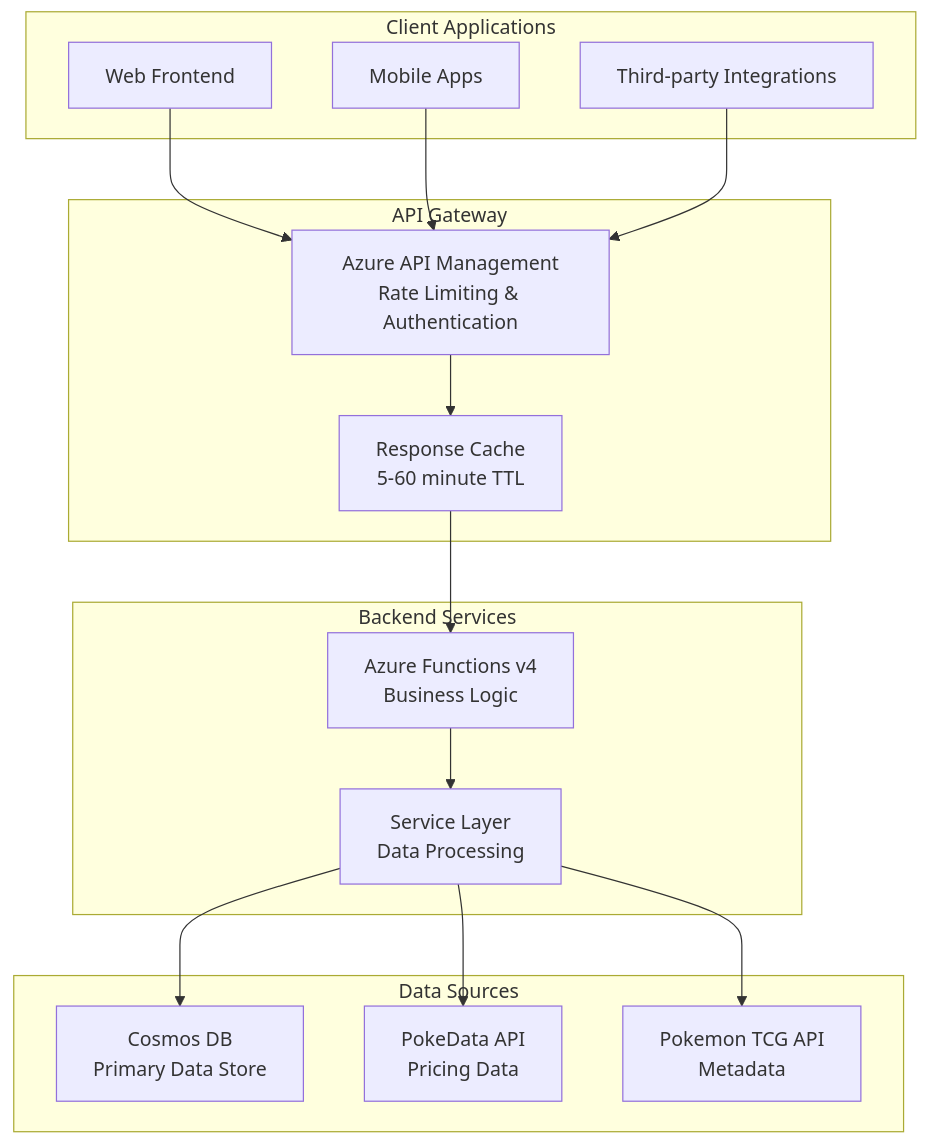
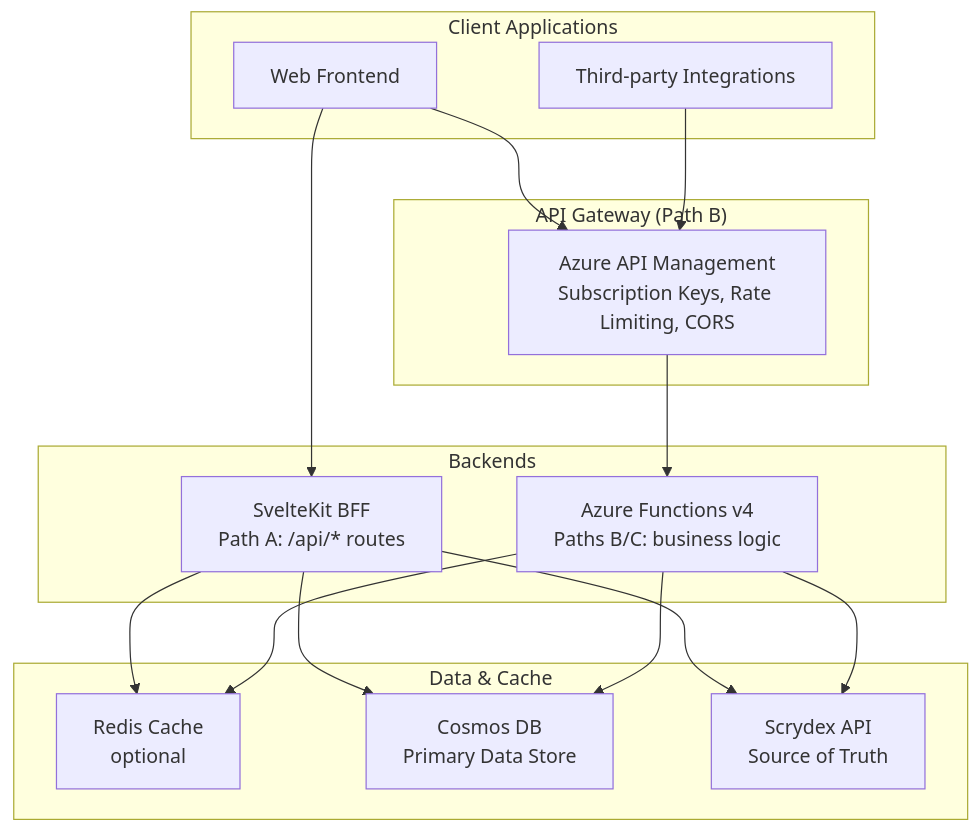
Before and after one commit to Abernaughty/PCPC: the diagram in docs/api-reference.md, drawn with Mermaid. The commit also changed other lines of this file and 14 other files, not shown here.

First line of the commit message:
docs: sync stale docs with current Scrydex three-path state (#225)

````diff
--- a/docs/api-reference.md
+++ b/docs/api-reference.md
@@ -34,36 +33,34 @@
 ```mermaid
 graph TB
     subgraph "Client Applications"
         WEB[Web Frontend]
-        MOBILE[Mobile Apps]
         THIRD_PARTY[Third-party Integrations]
     end
 
-    subgraph "API Gateway"
-        APIM[Azure API Management<br/>Rate Limiting & Authentication]
-        CACHE[Response Cache<br/>5-60 minute TTL]
+    subgraph "API Gateway (Path B)"
+        APIM[Azure API Management<br/>Subscription Keys, Rate Limiting, CORS]
     end
 
-    subgraph "Backend Services"
-        FUNCTIONS[Azure Functions v4<br/>Business Logic]
-        SERVICES[Service Layer<br/>Data Processing]
+    subgraph "Backends"
+        SVELTE[SvelteKit BFF<br/>Path A: /api/* routes]
+        FUNCTIONS[Azure Functions v4<br/>Paths B/C: business logic]
     end
 
-    subgraph "Data Sources"
+    subgraph "Data & Cache"
+        REDIS[Redis Cache<br/>optional]
         COSMOS[Cosmos DB<br/>Primary Data Store]
-        POKEDATA[PokeData API<br/>Pricing Data]
-        POKEMONTCG[Pokemon TCG API<br/>Metadata]
+        SCRYDEX[Scrydex API<br/>Source of Truth]
     end
 
+    WEB --> SVELTE
     WEB --> APIM
-    MOBILE --> APIM
     THIRD_PARTY --> APIM
 
-    APIM --> CACHE
-    CACHE --> FUNCTIONS
-    FUNCTIONS --> SERVICES
-
-    SERVICES --> COSMOS
-    SERVICES --> POKEDATA
-    SERVICES --> POKEMONTCG
+    APIM --> FUNCTIONS
+    SVELTE --> REDIS
+    SVELTE --> COSMOS
+    SVELTE --> SCRYDEX
+    FUNCTIONS --> REDIS
+    FUNCTIONS --> COSMOS
+    FUNCTIONS --> SCRYDEX
 ```
````
